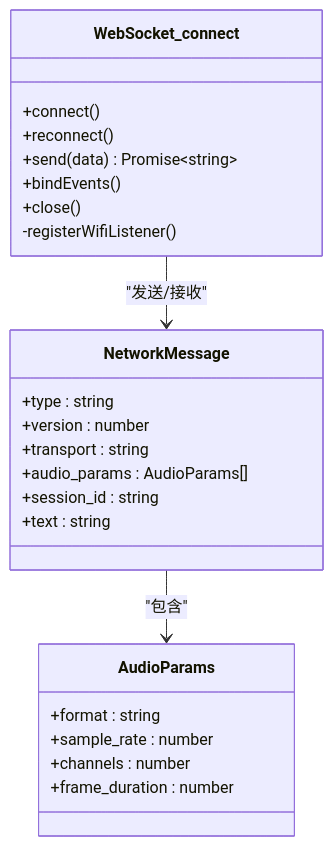
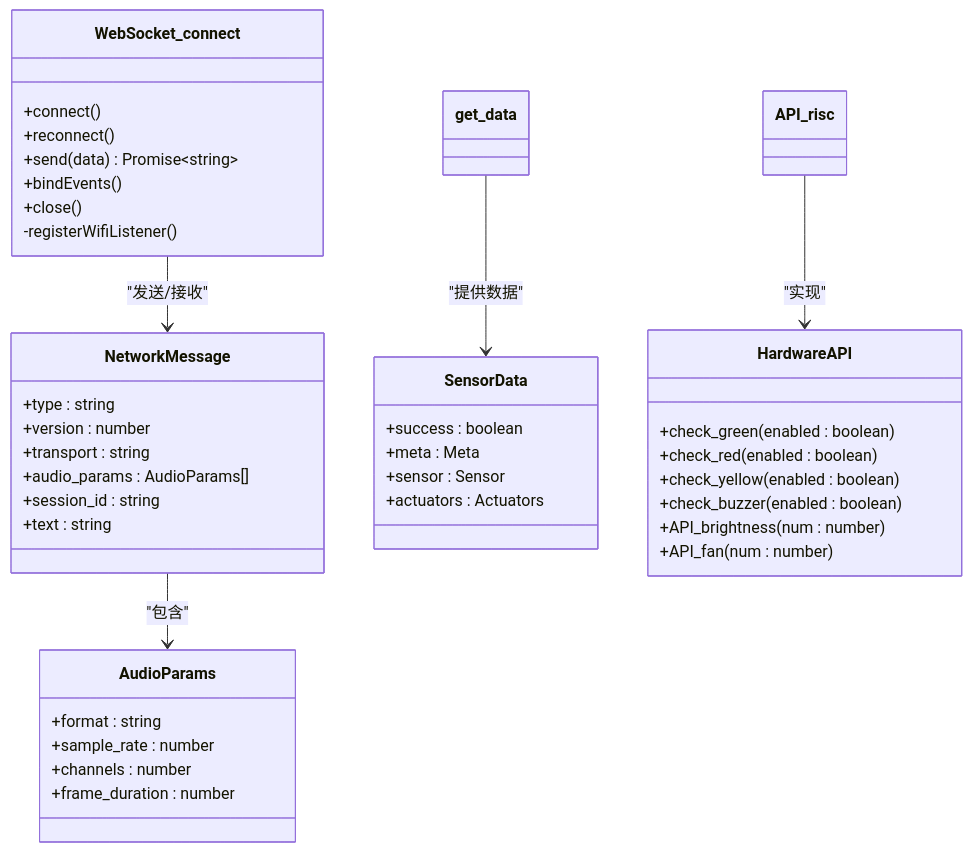
The seventh of 8 diagrams in .qoder/repowiki/zh/content/设备通信系统/设备通信系统.md (Neonrey-hub/SmartController), drawn with Mermaid before and after one commit. The commit also changed other lines of this file and 16 other files, not shown here.

````diff
--- a/.qoder/repowiki/zh/content/设备通信系统/设备通信系统.md
+++ b/.qoder/repowiki/zh/content/设备通信系统/设备通信系统.md
@@ -251,27 +349,43 @@
 ```mermaid
 classDiagram
 class WebSocket_connect {
 +connect()
 +reconnect()
 +send(data) Promise~string~
 +bindEvents()
 +close()
 -registerWifiListener()
 }
 class NetworkMessage {
 +type : string
 +version : number
 +transport : string
 +audio_params : AudioParams[]
 +session_id : string
 +text : string
 }
 class AudioParams {
 +format : string
 +sample_rate : number
 +channels : number
 +frame_duration : number
 }
+class SensorData {
++success : boolean
++meta : Meta
++sensor : Sensor
++actuators : Actuators
+}
+class HardwareAPI {
++check_green(enabled : boolean)
++check_red(enabled : boolean)
++check_yellow(enabled : boolean)
++check_buzzer(enabled : boolean)
++API_brightness(num : number)
++API_fan(num : number)
+}
 WebSocket_connect --> NetworkMessage : "发送/接收"
 NetworkMessage --> AudioParams : "包含"
+get_data --> SensorData : "提供数据"
+API_risc --> HardwareAPI : "实现"
 ```
````
